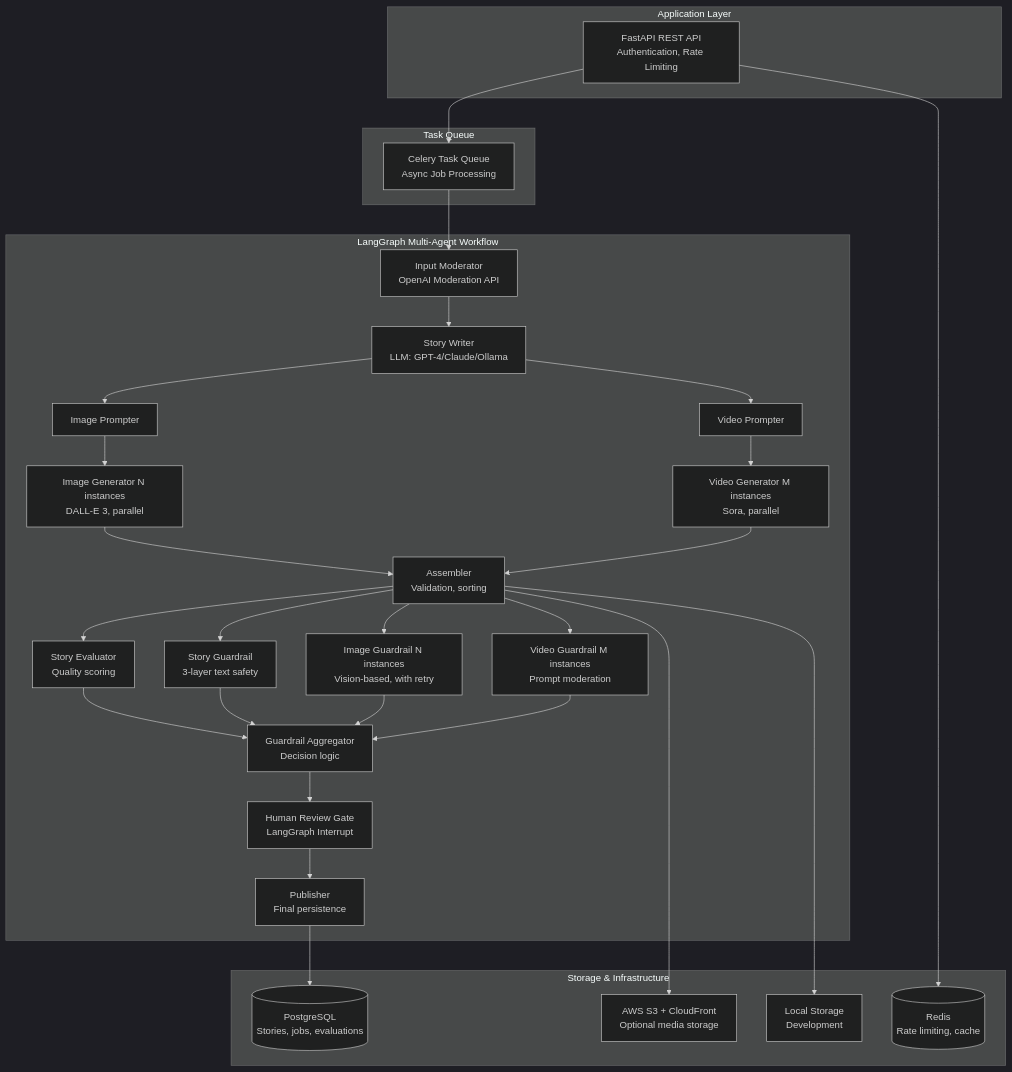
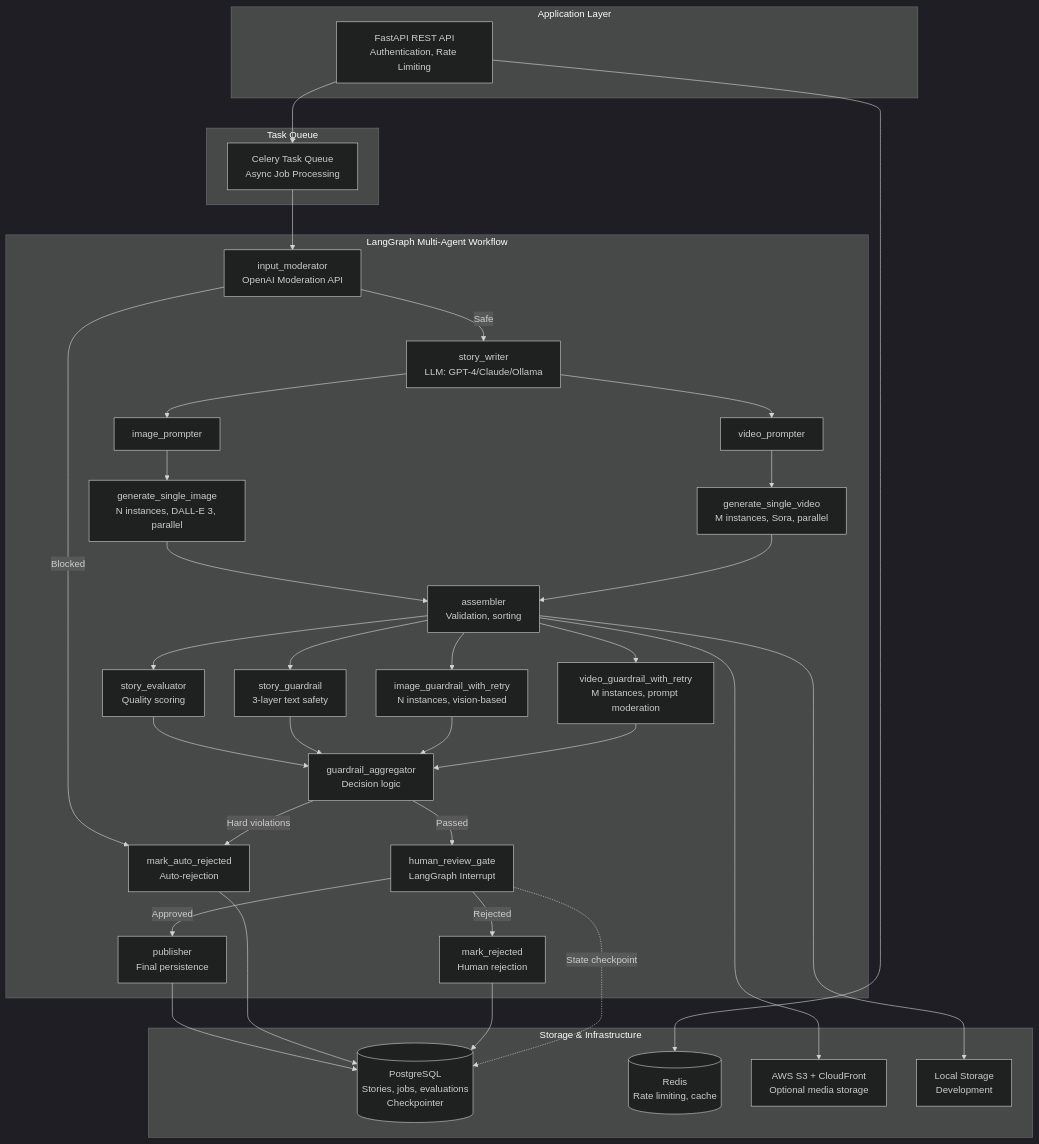
Before and after one commit to kanavkalra-in/kids_story_agent: the diagram in README.md, drawn with Mermaid (dark theme). The commit also changed 3 other files, not shown here.

````diff
--- a/README.md
+++ b/README.md
@@ -28,59 +28,67 @@
 ```mermaid
 graph TB
     subgraph App["Application Layer"]
         API["FastAPI REST API<br/>Authentication, Rate Limiting"]
     end
     
     subgraph Queue["Task Queue"]
         CELERY["Celery Task Queue<br/>Async Job Processing"]
     end
     
     subgraph Workflow["LangGraph Multi-Agent Workflow"]
-        INPUT["Input Moderator<br/>OpenAI Moderation API"]
-        STORY["Story Writer<br/>LLM: GPT-4/Claude/Ollama"]
-        IMG_PROMPT["Image Prompter"]
-        VID_PROMPT["Video Prompter"]
-        IMG_GEN["Image Generator N instances<br/>DALL-E 3, parallel"]
-        VID_GEN["Video Generator M instances<br/>Sora, parallel"]
-        ASSEMBLER["Assembler<br/>Validation, sorting"]
-        EVAL["Story Evaluator<br/>Quality scoring"]
-        STORY_GUARD["Story Guardrail<br/>3-layer text safety"]
-        IMG_GUARD["Image Guardrail N instances<br/>Vision-based, with retry"]
-        VID_GUARD["Video Guardrail M instances<br/>Prompt moderation"]
-        AGGREGATOR["Guardrail Aggregator<br/>Decision logic"]
-        REVIEW["Human Review Gate<br/>LangGraph Interrupt"]
-        PUBLISHER["Publisher<br/>Final persistence"]
+        INPUT["input_moderator<br/>OpenAI Moderation API"]
+        STORY["story_writer<br/>LLM: GPT-4/Claude/Ollama"]
+        IMG_PROMPT["image_prompter"]
+        VID_PROMPT["video_prompter"]
+        IMG_GEN["generate_single_image<br/>N instances, DALL-E 3, parallel"]
+        VID_GEN["generate_single_video<br/>M instances, Sora, parallel"]
+        ASSEMBLER["assembler<br/>Validation, sorting"]
+        EVAL["story_evaluator<br/>Quality scoring"]
+        STORY_GUARD["story_guardrail<br/>3-layer text safety"]
+        IMG_GUARD["image_guardrail_with_retry<br/>N instances, vision-based"]
+        VID_GUARD["video_guardrail_with_retry<br/>M instances, prompt moderation"]
+        AGGREGATOR["guardrail_aggregator<br/>Decision logic"]
+        REVIEW["human_review_gate<br/>LangGraph Interrupt"]
+        PUBLISHER["publisher<br/>Final persistence"]
+        AUTO_REJECT["mark_auto_rejected<br/>Auto-rejection"]
+        REJECT["mark_rejected<br/>Human rejection"]
     end
     
     subgraph Storage["Storage & Infrastructure"]
-        PG[("PostgreSQL<br/>Stories, jobs, evaluations")]
+        PG[("PostgreSQL<br/>Stories, jobs, evaluations<br/>Checkpointer")]
         REDIS[("Redis<br/>Rate limiting, cache")]
         S3["AWS S3 + CloudFront<br/>Optional media storage"]
         LOCAL["Local Storage<br/>Development"]
     end
     
     API --> CELERY
     CELERY --> INPUT
-    INPUT --> STORY
+    INPUT -->|Safe| STORY
+    INPUT -->|Blocked| AUTO_REJECT
     STORY --> IMG_PROMPT
     STORY --> VID_PROMPT
     IMG_PROMPT --> IMG_GEN
     VID_PROMPT --> VID_GEN
     IMG_GEN --> ASSEMBLER
     VID_GEN --> ASSEMBLER
     ASSEMBLER --> EVAL
     ASSEMBLER --> STORY_GUARD
     ASSEMBLER --> IMG_GUARD
     ASSEMBLER --> VID_GUARD
     EVAL --> AGGREGATOR
     STORY_GUARD --> AGGREGATOR
     IMG_GUARD --> AGGREGATOR
     VID_GUARD --> AGGREGATOR
-    AGGREGATOR --> REVIEW
-    REVIEW --> PUBLISHER
+    AGGREGATOR -->|Hard violations| AUTO_REJECT
+    AGGREGATOR -->|Passed| REVIEW
+    REVIEW -->|Approved| PUBLISHER
+    REVIEW -->|Rejected| REJECT
     
     PUBLISHER --> PG
+    AUTO_REJECT --> PG
+    REJECT --> PG
     API --> REDIS
     ASSEMBLER --> S3
     ASSEMBLER --> LOCAL
+    REVIEW -.->|State checkpoint| PG
 ```
````
